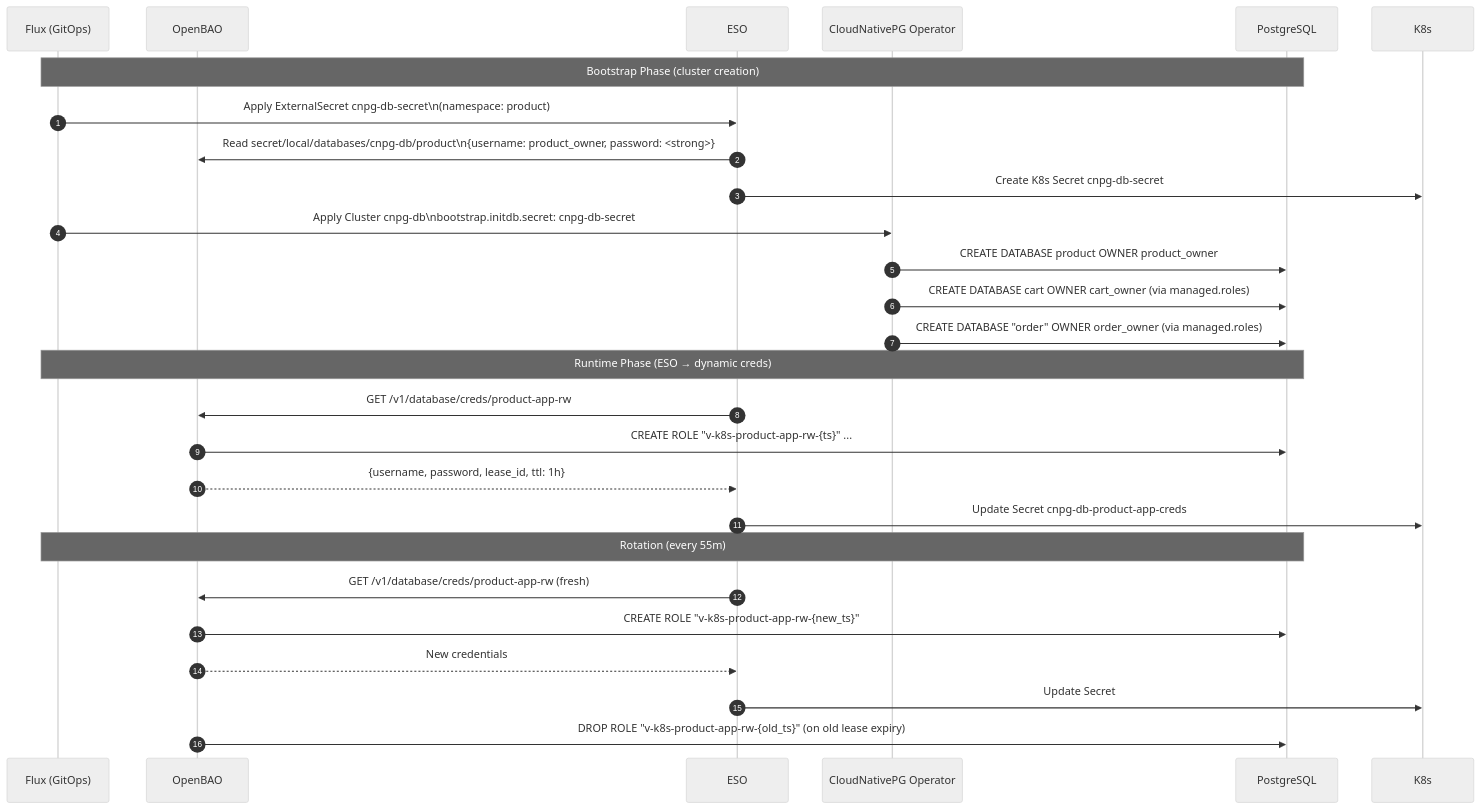
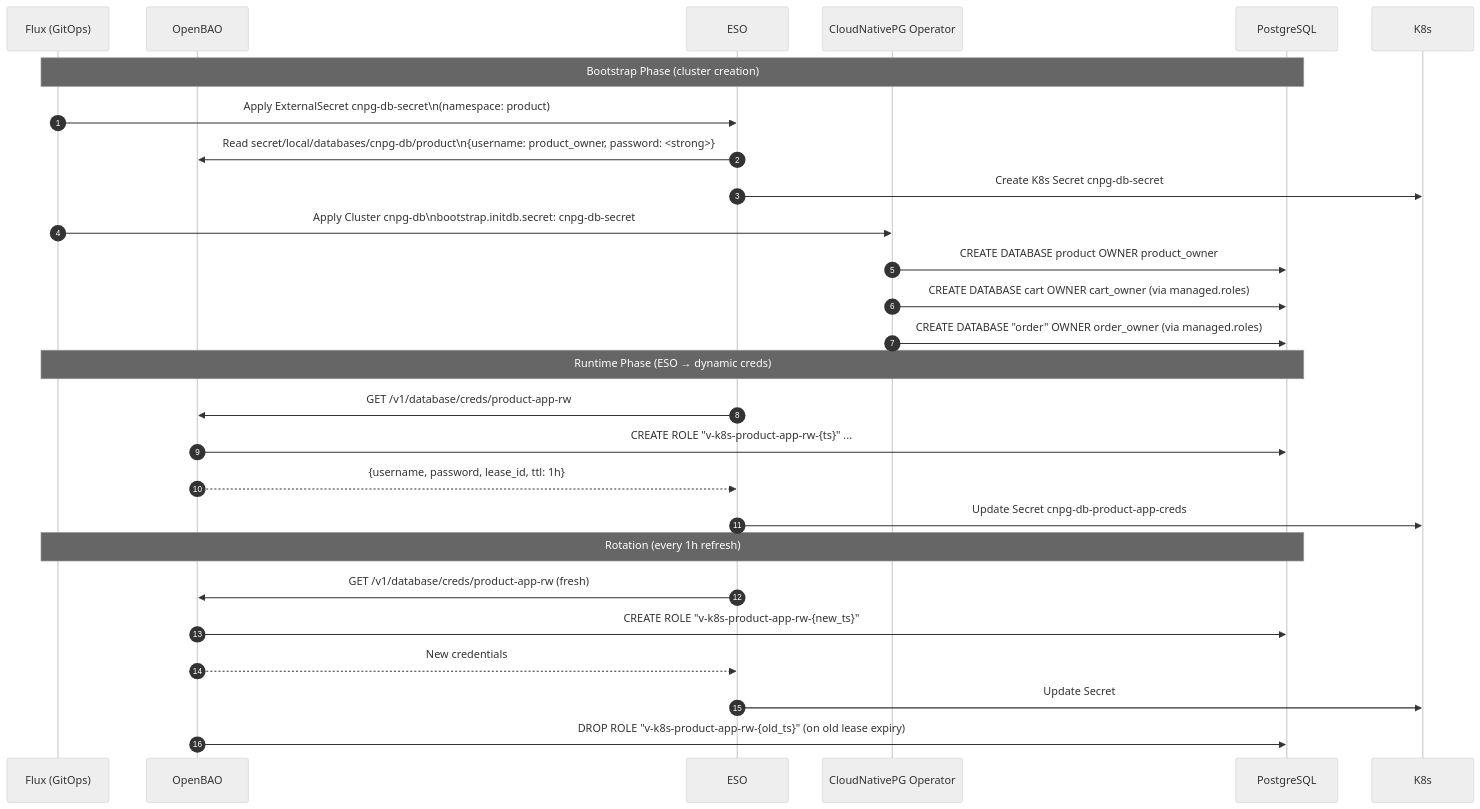
Before and after one commit to duynhlab/homelab: diagram 11 of 18 in docs/secrets/README.md, drawn with Mermaid (neutral theme). The commit also changed other lines of this file and 15 other files, not shown here.

````diff
--- a/docs/secrets/README.md
+++ b/docs/secrets/README.md
@@ -539,34 +539,34 @@
 ```mermaid
 sequenceDiagram
     autonumber
     participant Flux as Flux (GitOps)
     participant BAO as OpenBAO
     participant ESO as ESO
     participant CNPG as CloudNativePG Operator
     participant PG as PostgreSQL
 
     note over Flux,PG: Bootstrap Phase (cluster creation)
 
     Flux->>ESO: Apply ExternalSecret cnpg-db-secret\n(namespace: product)
     ESO->>BAO: Read secret/local/databases/cnpg-db/product\n{username: product_owner, password: <strong>}
     ESO->>K8s: Create K8s Secret cnpg-db-secret
     Flux->>CNPG: Apply Cluster cnpg-db\nbootstrap.initdb.secret: cnpg-db-secret
     CNPG->>PG: CREATE DATABASE product OWNER product_owner
     CNPG->>PG: CREATE DATABASE cart OWNER cart_owner  (via managed.roles)
     CNPG->>PG: CREATE DATABASE "order" OWNER order_owner (via managed.roles)
 
     note over Flux,PG: Runtime Phase (ESO → dynamic creds)
 
     ESO->>BAO: GET /v1/database/creds/product-app-rw
     BAO->>PG: CREATE ROLE "v-k8s-product-app-rw-{ts}" ...
     BAO-->>ESO: {username, password, lease_id, ttl: 1h}
     ESO->>K8s: Update Secret cnpg-db-product-app-creds
 
-    note over Flux,PG: Rotation (every 55m)
+    note over Flux,PG: Rotation (every 1h refresh)
 
     ESO->>BAO: GET /v1/database/creds/product-app-rw  (fresh)
     BAO->>PG: CREATE ROLE "v-k8s-product-app-rw-{new_ts}"
     BAO-->>ESO: New credentials
     ESO->>K8s: Update Secret
     BAO->>PG: DROP ROLE "v-k8s-product-app-rw-{old_ts}"  (on old lease expiry)
 ```
````
